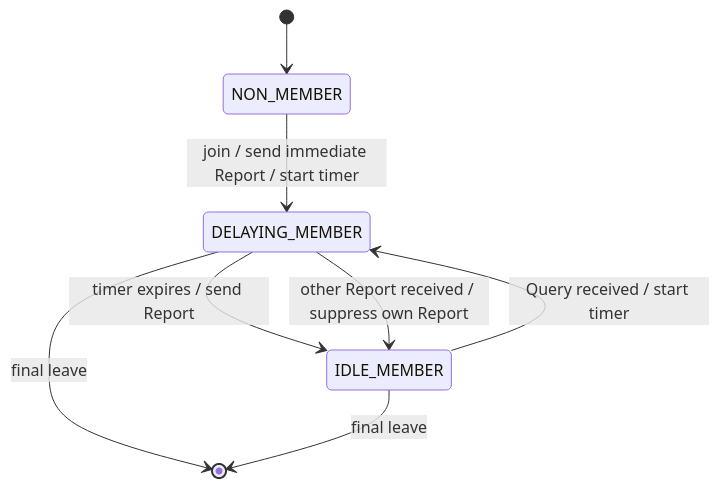
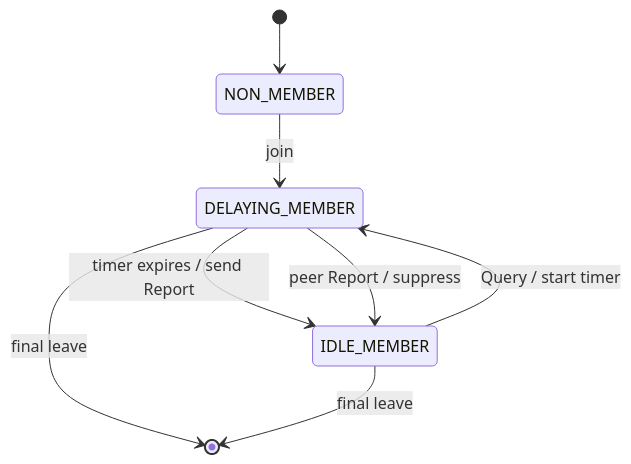
Before and after one commit to wdfk-prog/lwIP-Source-Lab: the third of 6 diagrams in docs/17-igmp-ipv4-multicast.md, drawn with Mermaid. The commit also changed other lines of this file and 49 other files, not shown here.

````diff
--- a/docs/17-igmp-ipv4-multicast.md
+++ b/docs/17-igmp-ipv4-multicast.md
@@ -927,10 +670,10 @@
 ```mermaid
 stateDiagram-v2
     [*] --> NON_MEMBER
-    NON_MEMBER --> DELAYING_MEMBER: join / send immediate Report / start timer
+    NON_MEMBER --> DELAYING_MEMBER: join
     DELAYING_MEMBER --> IDLE_MEMBER: timer expires / send Report
-    DELAYING_MEMBER --> IDLE_MEMBER: other Report received / suppress own Report
-    IDLE_MEMBER --> DELAYING_MEMBER: Query received / start timer
+    DELAYING_MEMBER --> IDLE_MEMBER: peer Report / suppress
+    IDLE_MEMBER --> DELAYING_MEMBER: Query / start timer
     DELAYING_MEMBER --> [*]: final leave
     IDLE_MEMBER --> [*]: final leave
 ```
````
